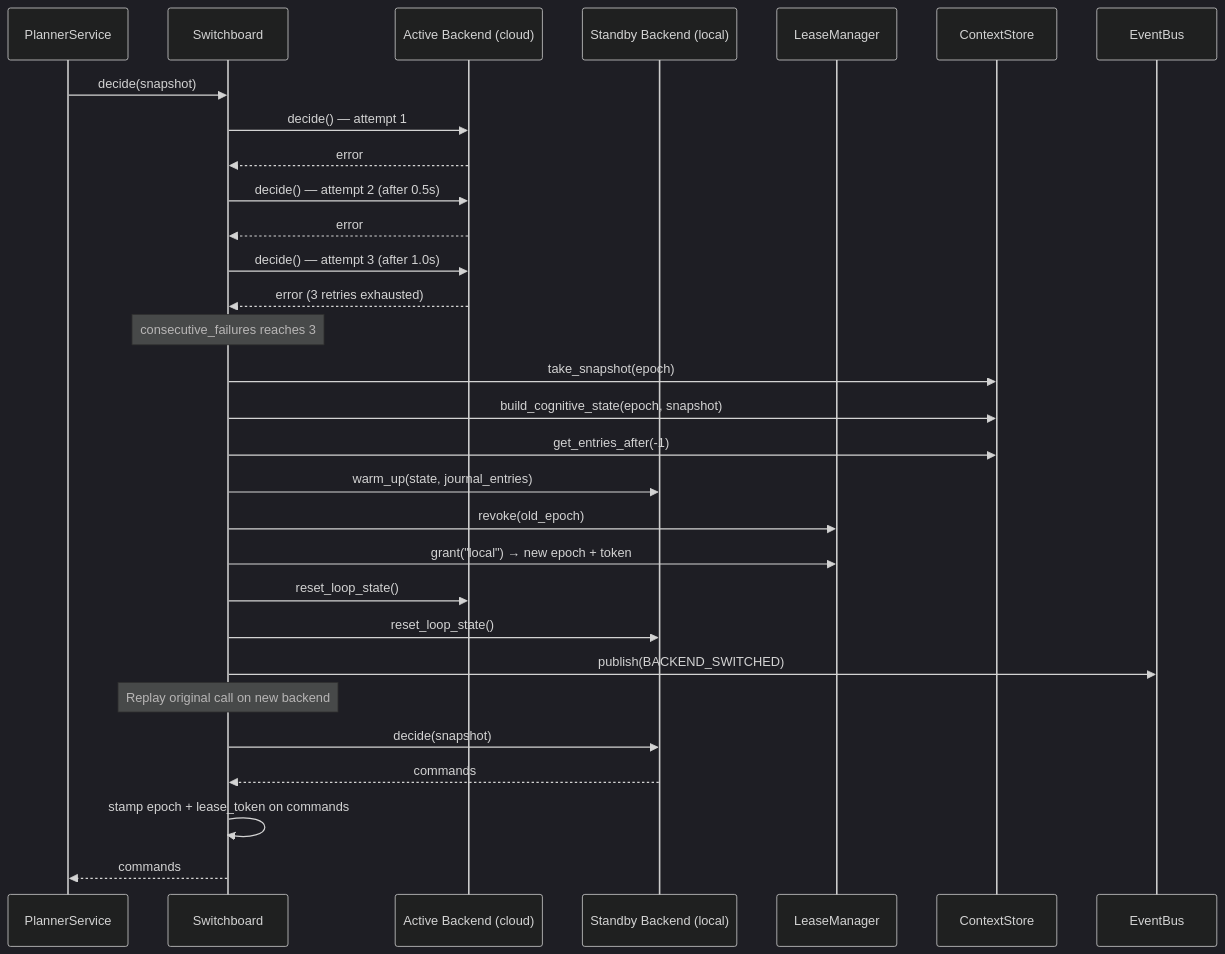
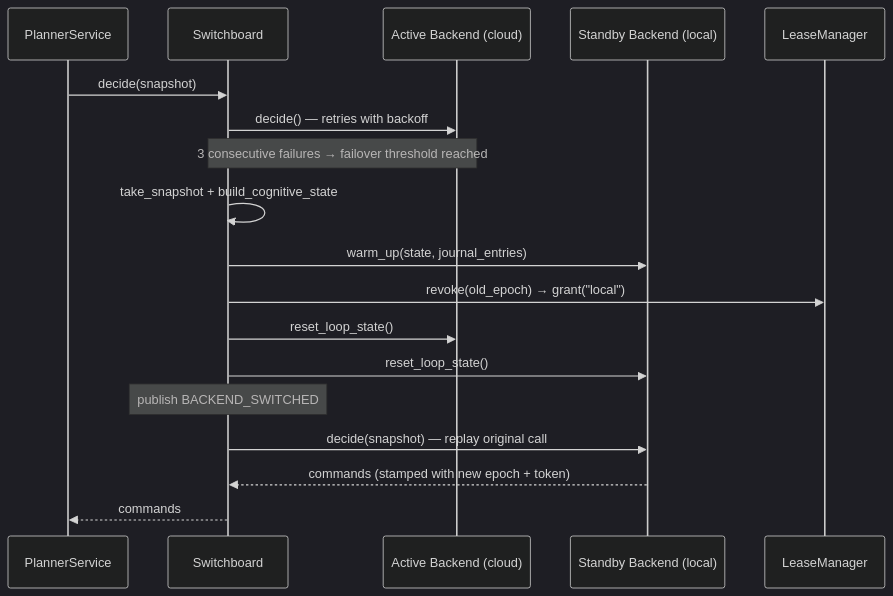
Before and after one commit to andrei-ace/HALO: the first of 3 diagrams in docs/halo_architecture.md, drawn with Mermaid (dark theme). The commit also changed other lines of this file and 2 other files, not shown here.

First line of the commit message:
docs: trim stale content, add cognitive backend section, fix phase IDs

````diff
--- a/docs/halo_architecture.md
+++ b/docs/halo_architecture.md
@@ -674,37 +533,23 @@
 ```mermaid
 sequenceDiagram
     participant PS as PlannerService
     participant SB as Switchboard
     participant Active as Active Backend (cloud)
     participant Standby as Standby Backend (local)
     participant LM as LeaseManager
-    participant CS as ContextStore
-    participant Bus as EventBus
 
     PS->>SB: decide(snapshot)
-    SB->>Active: decide() — attempt 1
-    Active-->>SB: error
-    SB->>Active: decide() — attempt 2 (after 0.5s)
-    Active-->>SB: error
-    SB->>Active: decide() — attempt 3 (after 1.0s)
-    Active-->>SB: error (3 retries exhausted)
+    SB->>Active: decide() — retries with backoff
+    Note over SB,Active: 3 consecutive failures → failover threshold reached
 
-    Note over SB: consecutive_failures reaches 3
-
-    SB->>CS: take_snapshot(epoch)
-    SB->>CS: build_cognitive_state(epoch, snapshot)
-    SB->>CS: get_entries_after(-1)
+    SB->>SB: take_snapshot + build_cognitive_state
     SB->>Standby: warm_up(state, journal_entries)
-    SB->>LM: revoke(old_epoch)
-    SB->>LM: grant("local") → new epoch + token
+    SB->>LM: revoke(old_epoch) → grant("local")
     SB->>Active: reset_loop_state()
     SB->>Standby: reset_loop_state()
-    SB->>Bus: publish(BACKEND_SWITCHED)
+    Note over SB: publish BACKEND_SWITCHED
 
-    Note over SB: Replay original call on new backend
-
-    SB->>Standby: decide(snapshot)
-    Standby-->>SB: commands
-    SB->>SB: stamp epoch + lease_token on commands
+    SB->>Standby: decide(snapshot) — replay original call
+    Standby-->>SB: commands (stamped with new epoch + token)
     SB-->>PS: commands
 ```
````
